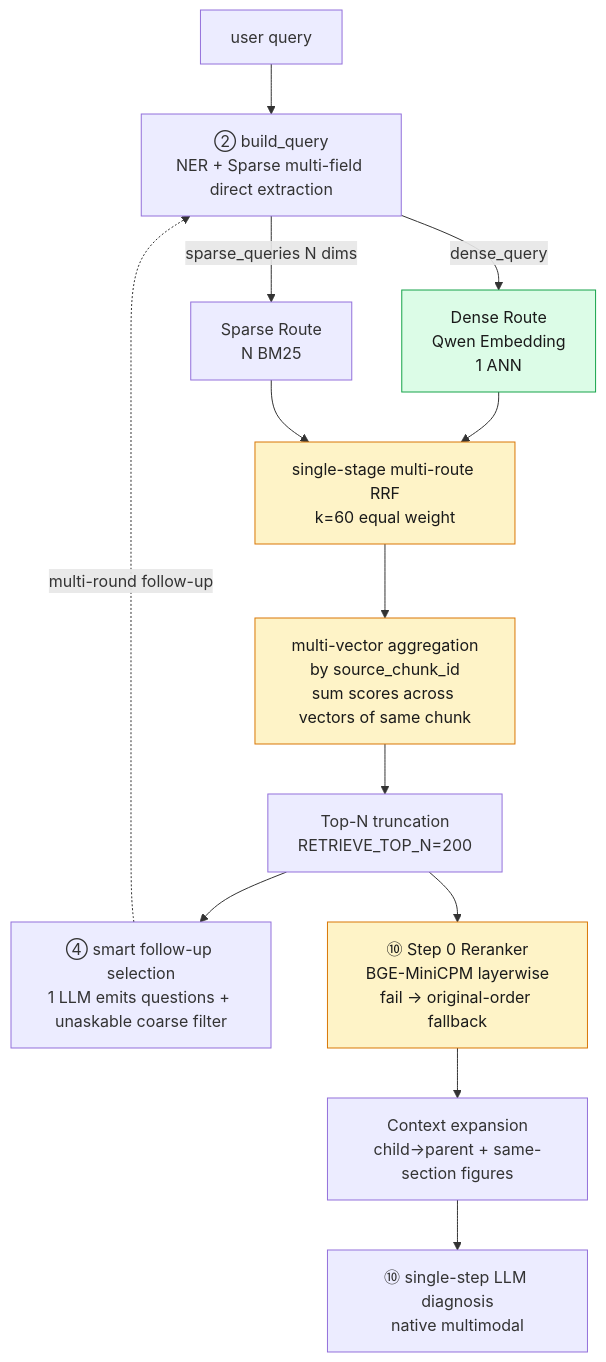
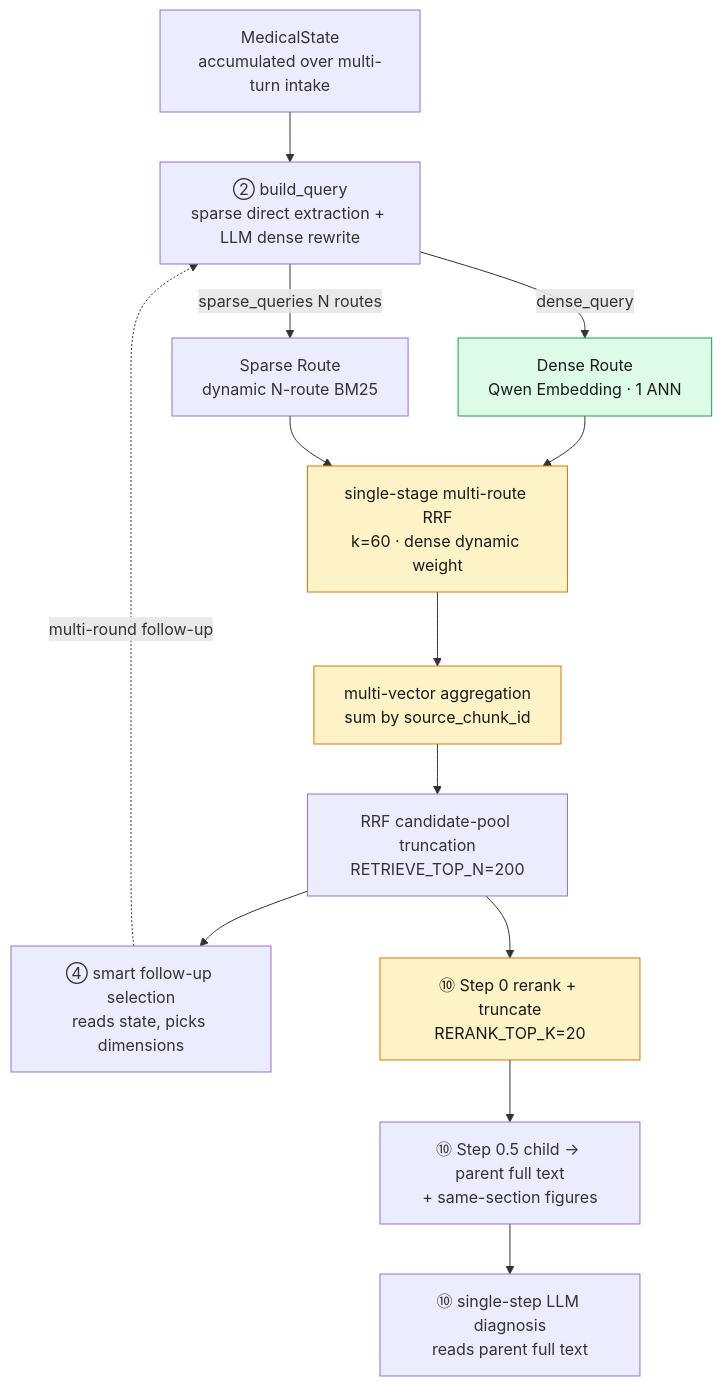
One commit to Handshakeworm/Agentic-RAG-Diagnose-Assistant changed the fifth of 5 diagrams in README.en.md. Above: the diagram before and after it, drawn with Mermaid. The commit also changed other lines of this file and 6 other files, not shown here.

First line of the commit message:
docs: README 图对齐现状+瘦身 + 修复 mermaid 报错 + 待办收口

````diff
--- a/README.en.md
+++ b/README.en.md
@@ -274,23 +274,23 @@
 ```mermaid
 flowchart TD
-    Q[user query] --> BQ[② build_query<br/>NER + Sparse multi-field direct extraction]
-    BQ -->|dense_query| DE[Dense Route<br/>Qwen Embedding<br/>1 ANN]
-    BQ -->|sparse_queries N dims| SP[Sparse Route<br/>N BM25]
+    Q[MedicalState<br/>accumulated over multi-turn intake] --> BQ[② build_query<br/>sparse direct extraction + LLM dense rewrite]
+    BQ -->|dense_query| DE[Dense Route<br/>Qwen Embedding · 1 ANN]
+    BQ -->|sparse_queries N routes| SP[Sparse Route<br/>dynamic N-route BM25]
 
-    DE --> RRF[single-stage multi-route RRF<br/>k=60 equal weight]
+    DE --> RRF[single-stage multi-route RRF<br/>k=60 · dense dynamic weight]
     SP --> RRF
 
-    RRF --> AGG[multi-vector aggregation<br/>by source_chunk_id<br/>sum scores across vectors of same chunk]
-    AGG --> TOP[Top-N truncation<br/>RETRIEVE_TOP_N=200]
-    TOP --> EXT[④ smart follow-up selection<br/>1 LLM emits questions + unaskable coarse filter]
+    RRF --> AGG[multi-vector aggregation<br/>sum by source_chunk_id]
+    AGG --> TOP[RRF candidate-pool truncation<br/>RETRIEVE_TOP_N=200]
+    TOP --> EXT[④ smart follow-up selection<br/>reads state, picks dimensions]
     EXT -.multi-round follow-up.-> BQ
 
-    TOP --> RR[⑩ Step 0 Reranker<br/>BGE-MiniCPM layerwise<br/>fail → original-order fallback]
-    RR --> EXP[Context expansion<br/>child→parent + same-section figures]
-    EXP --> DG[⑩ single-step LLM diagnosis<br/>native multimodal]
+    TOP --> RR[⑩ Step 0 rerank + truncate<br/>RERANK_TOP_K=20]
+    RR --> EXP[⑩ Step 0.5 child → parent full text<br/>+ same-section figures]
+    EXP --> DG[⑩ single-step LLM diagnosis<br/>reads parent full text]
 
     classDef gpu fill:#dcfce7,stroke:#16a34a,color:#1a1a1a
     classDef key fill:#fef3c7,stroke:#d97706,color:#1a1a1a
     class DE,RR gpu
     class RRF,AGG,RR key
 ```
````
